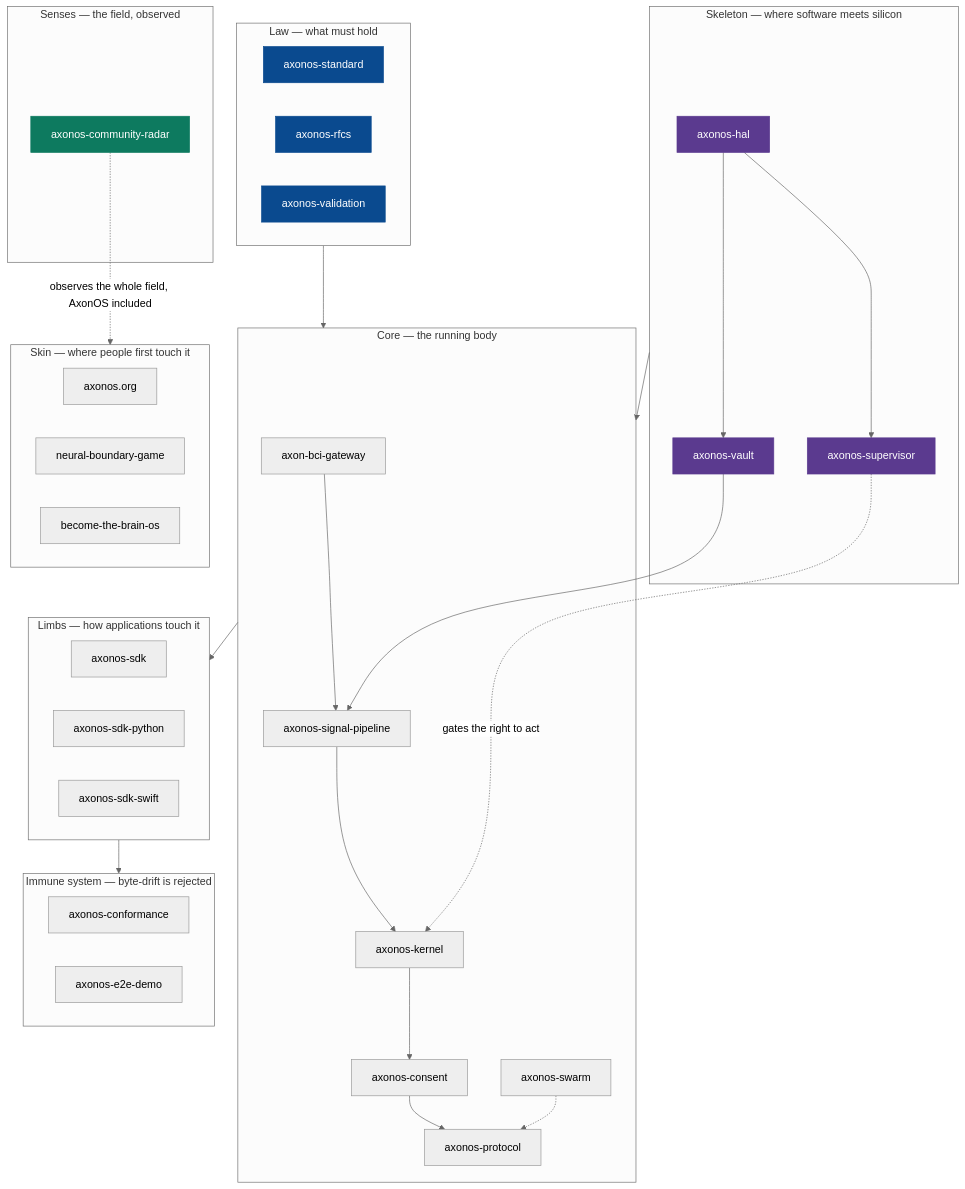
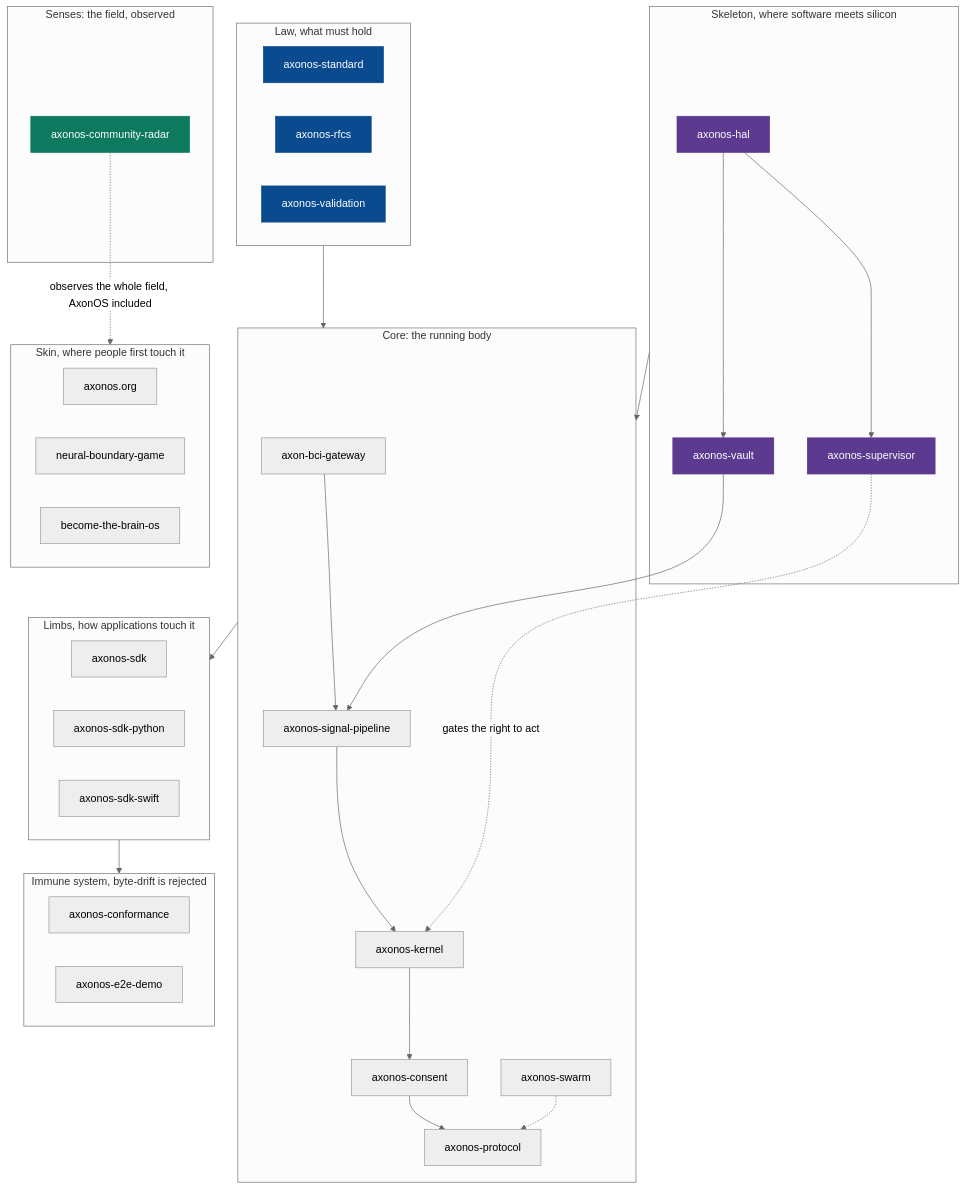
One commit to AxonOS-org/.github changed the first of 2 diagrams in profile/README.md. Above: the diagram before and after it, drawn with Mermaid (neutral theme). The commit also changed other lines of this file, not shown here.

````diff
--- a/profile/README.md
+++ b/profile/README.md
@@ -106,50 +123,50 @@
 ```mermaid
 flowchart TB
-    subgraph LAW["Law — what must hold"]
+    subgraph LAW["Law, what must hold"]
         STD[axonos-standard]
         RFC[axonos-rfcs]
         VALID[axonos-validation]
     end
-    subgraph SKEL["Skeleton — where software meets silicon"]
+    subgraph SKEL["Skeleton, where software meets silicon"]
         HAL[axonos-hal]
         VAULT[axonos-vault]
         SUP[axonos-supervisor]
     end
-    subgraph CORE["Core — the running body"]
+    subgraph CORE["Core: the running body"]
         GW[axon-bci-gateway] --> SP[axonos-signal-pipeline] --> K[axonos-kernel]
         K --> CO[axonos-consent] --> PR[axonos-protocol]
         SW[axonos-swarm] -.-> PR
     end
-    subgraph LIMBS["Limbs — how applications touch it"]
+    subgraph LIMBS["Limbs, how applications touch it"]
         SDK[axonos-sdk]
         SDKP[axonos-sdk-python]
         SDKS[axonos-sdk-swift]
     end
-    subgraph IMMUNE["Immune system — byte-drift is rejected"]
+    subgraph IMMUNE["Immune system, byte-drift is rejected"]
         CONF[axonos-conformance]
         E2E[axonos-e2e-demo]
     end
-    subgraph SENSES["Senses — the field, observed"]
+    subgraph SENSES["Senses: the field, observed"]
         RADAR[axonos-community-radar]
     end
-    subgraph SKIN["Skin — where people first touch it"]
+    subgraph SKIN["Skin, where people first touch it"]
         SITE[axonos.org]
         NBG[neural-boundary-game]
         BTB[become-the-brain-os]
     end
     HAL --> VAULT --> SP
     HAL --> SUP
     SUP -. gates the right to act .-> K
     LAW --> CORE
     SKEL --> CORE
     CORE --> LIMBS
     LIMBS --> IMMUNE
     RADAR -. observes the whole field, AxonOS included .-> SKIN
 
     classDef law fill:#0a4a8f,stroke:#0a4a8f,color:#fff
     classDef sense fill:#0d7a5f,stroke:#0d7a5f,color:#fff
     classDef skel fill:#5b3a8f,stroke:#5b3a8f,color:#fff
     class STD,RFC,VALID law
     class RADAR sense
     class HAL,VAULT,SUP skel
 ```
````
